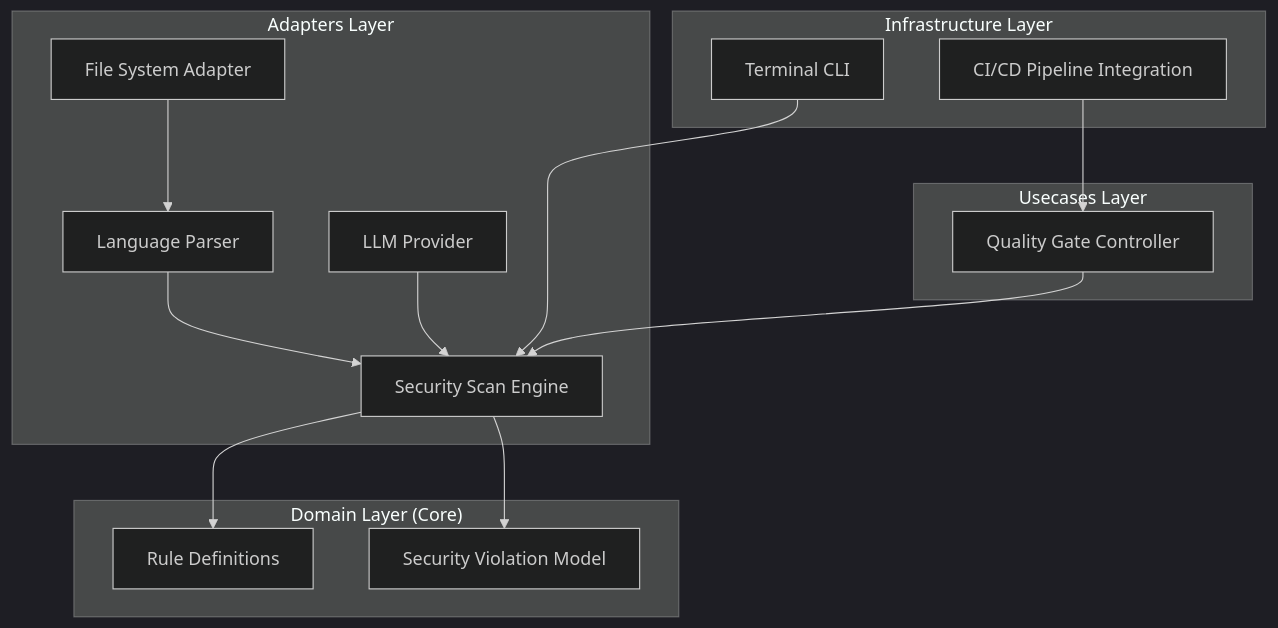
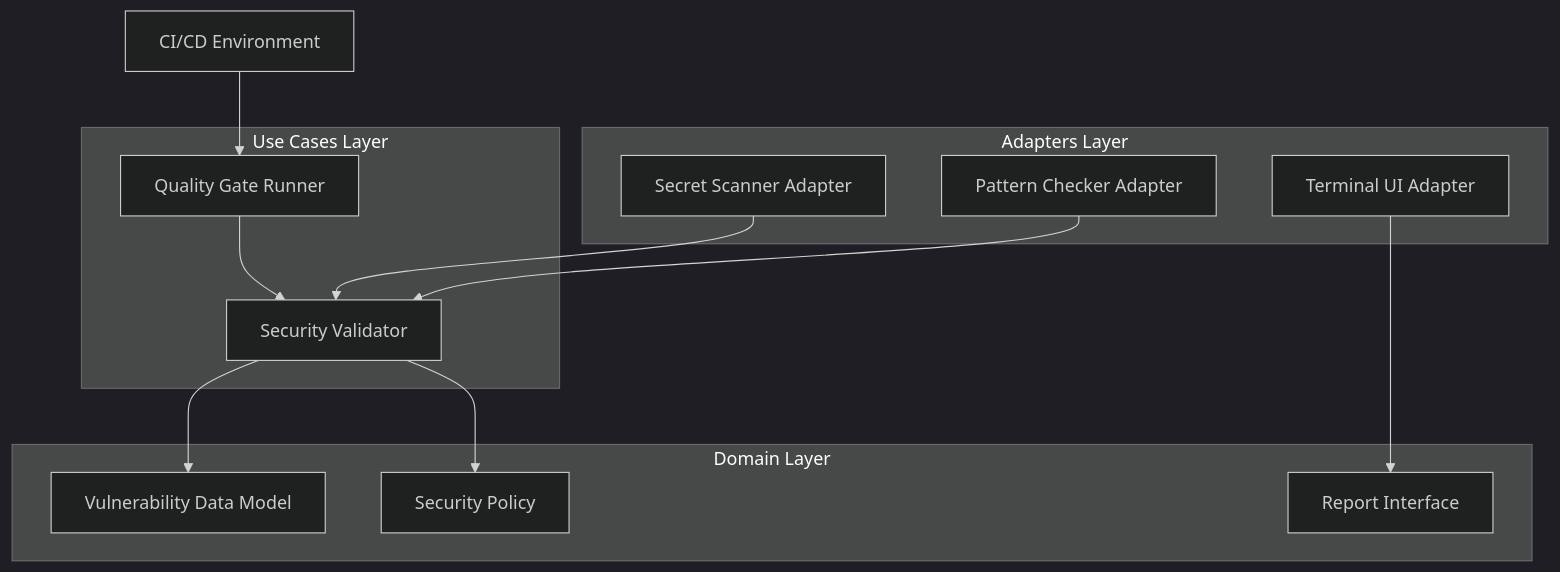
One commit to davidlapsleyio/shipkode-python-linting-cli-utility changed the diagram in specs/F4-security-vulnerability-guard-dc32931d/design.md. Above: the diagram before and after it, drawn with Mermaid (dark theme). The commit also changed other lines of this file and 20 other files, not shown here.

````diff
--- a/specs/F4-security-vulnerability-guard-dc32931d/design.md
+++ b/specs/F4-security-vulnerability-guard-dc32931d/design.md
@@ -23,29 +23,27 @@
 ```mermaid
 graph TD
     subgraph "Adapters Layer"
-        FS[File System Adapter] --> Parser
-        L[LLM Provider] --> Engine
+        TUI[Terminal UI Adapter]
+        SC[Secret Scanner Adapter]
+        PC[Pattern Checker Adapter]
     end
 
-    subgraph "Domain Layer (Core)"
-        Model[Security Violation Model]
-        Rules[Rule Definitions]
+    subgraph "Use Cases Layer"
+        SV[Security Validator]
+        QR[Quality Gate Runner]
     end
 
-    subgraph "Usecases Layer"
-        Engine[Security Scan Engine]
-        Gate[Quality Gate Controller]
+    subgraph "Domain Layer"
+        VD[Vulnerability Data Model]
+        SP[Security Policy]
+        RI[Report Interface]
     end
 
-    subgraph "Infrastructure Layer"
-        CLI[Terminal CLI]
-        CI[CI/CD Pipeline Integration]
-    end
-
-    CLI --> Engine
-    CI --> Gate
-    Gate --> Engine
-    Engine --> Rules
-    Engine --> Model
-    Parser[Language Parser] --> Engine
+    SV --> VD
+    SV --> SP
+    QR --> SV
+    TUI --> RI
+    SC --> SV
+    PC --> SV
+    Infrastructure[CI/CD Environment] --> QR
 ```
````
